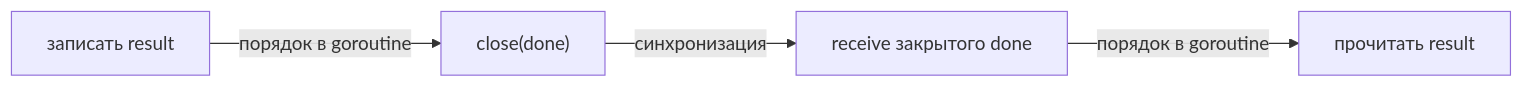
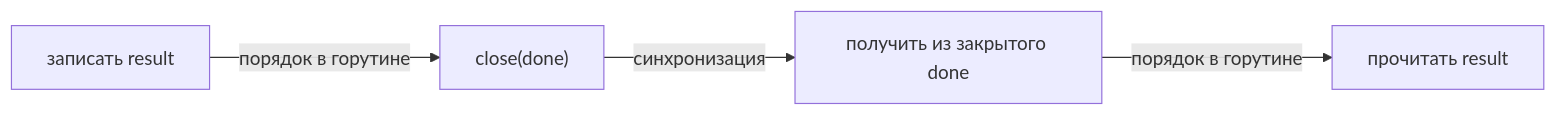
One commit to leary1337/vault changed the diagram in docs/go/concurrency/memory-model.md. Above: the diagram before and after it, drawn with Mermaid. The commit also changed other lines of this file and 325 other files, not shown here.

````diff
--- a/docs/go/concurrency/memory-model.md
+++ b/docs/go/concurrency/memory-model.md
@@ -109,6 +85,6 @@
 ```mermaid
 flowchart LR
-    W["записать result"] -->|"порядок в goroutine"| C["close(done)"]
-    C -->|"синхронизация"| R["receive закрытого done"]
-    R -->|"порядок в goroutine"| P["прочитать result"]
+    W["записать result"] -->|"порядок в горутине"| C["close(done)"]
+    C -->|"синхронизация"| R["получить из закрытого done"]
+    R -->|"порядок в горутине"| P["прочитать result"]
 ```
````
